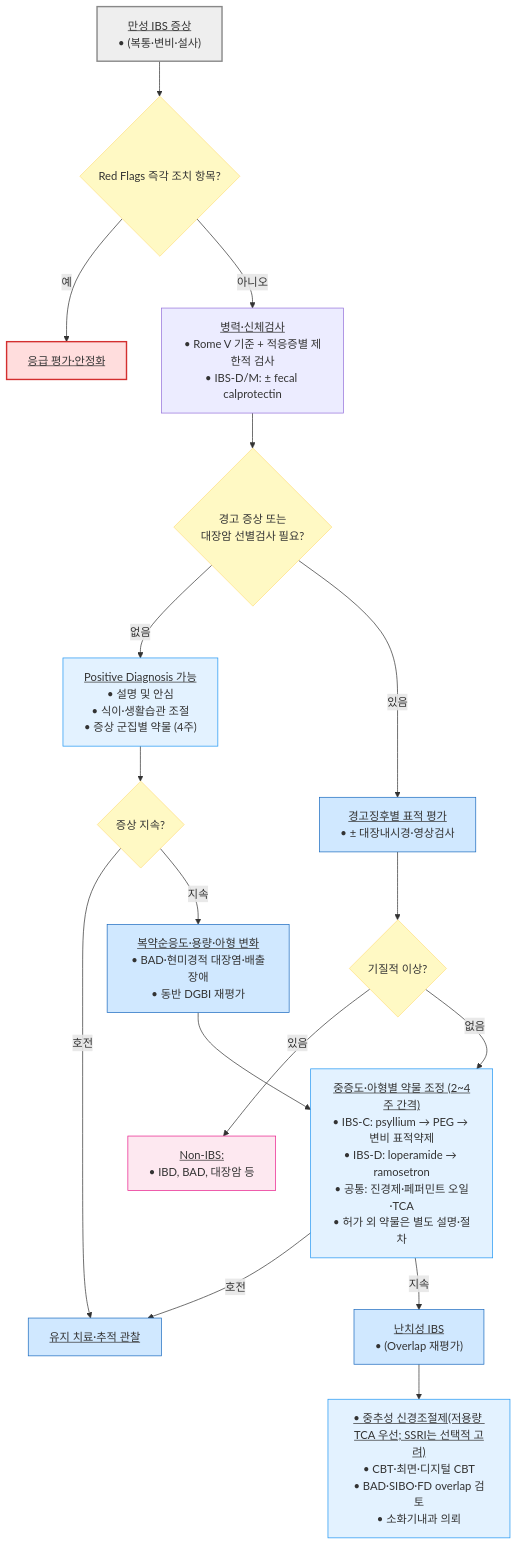
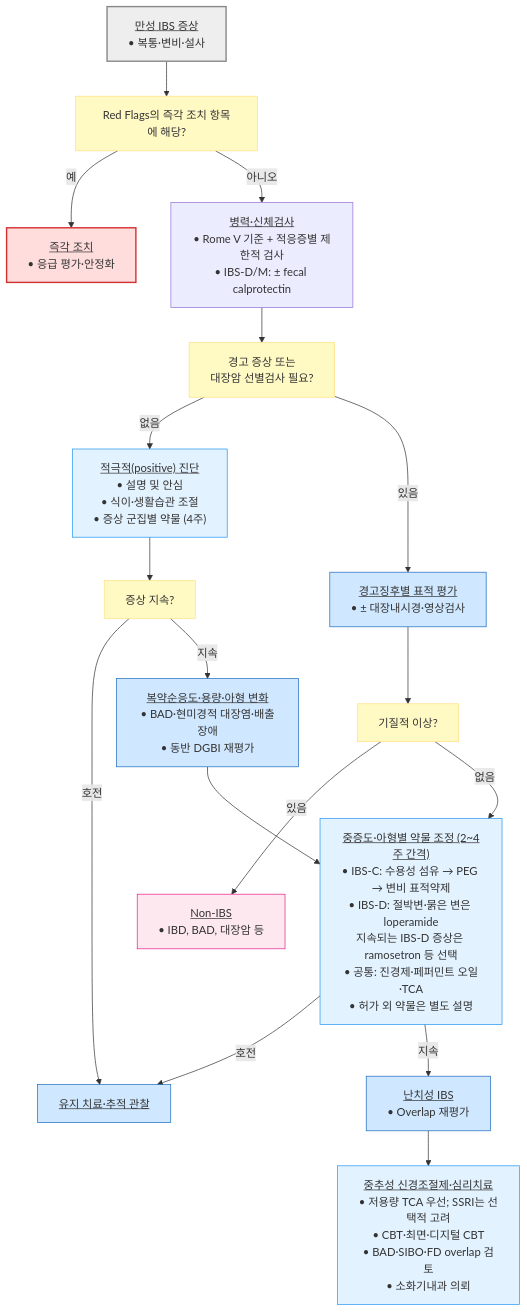
The first of 2 diagrams in 224_/087_-ibs.md (familyoh77/familyoh77), drawn with Mermaid before and after one commit. The commit also changed other lines of this file, not shown here.

````diff
--- a/224_/087_-ibs.md
+++ b/224_/087_-ibs.md
@@ -140,45 +138,46 @@
 ```mermaid
 flowchart TD
-    Start["<u>만성 IBS 증상</u><br/>• (복통·변비·설사)"]
+    Start["<u>만성 IBS 증상</u><br/>• 복통·변비·설사"]
+    Urgent["Red Flags의 즉각 조치 항목에 해당?"]
+    Emergency["<u>즉각 조치</u><br/>• 응급 평가·안정화"]
     Step1["<u>병력·신체검사</u><br/>• Rome V 기준 + 적응증별 제한적 검사<br/>• IBS-D/M: ± fecal calprotectin"]
-    Cond1{"경고 증상 또는<br/>대장암 선별검사 필요?"}
-    Sub1["<u>Positive Diagnosis 가능</u><br/>• 설명 및 안심<br/>• 식이·생활습관 조절<br/>• 증상 군집별 약물 (4주)"]
-    Cond2{"증상 지속?"}
+    Cond1["경고 증상 또는<br/>대장암 선별검사 필요?"]
+    Sub1["<u>적극적(positive) 진단</u><br/>• 설명 및 안심<br/>• 식이·생활습관 조절<br/>• 증상 군집별 약물 (4주)"]
+    Cond2["증상 지속?"]
     Colonoscopy["<u>경고징후별 표적 평가</u><br/>• ± 대장내시경·영상검사"]
-    Cond3{"기질적 이상?"}
-    NonIBS["<u>Non-IBS:</u><br/>• IBD, BAD, 대장암 등"]
+    Cond3["기질적 이상?"]
+    NonIBS["<u>Non-IBS</u><br/>• IBD, BAD, 대장암 등"]
     Reassess["<u>복약순응도·용량·아형 변화</u><br/>• BAD·현미경적 대장염·배출장애<br/>• 동반 DGBI 재평가"]
     End1["<u>유지 치료·추적 관찰</u>"]
-    Treat1["<u>중증도·아형별 약물 조정 (2~4주 간격)</u><br/>• IBS-C: psyllium → PEG → 변비 표적약제<br/>• IBS-D: loperamide → ramosetron<br/>• 공통: 진경제·페퍼민트 오일·TCA<br/>• 허가 외 약물은 별도 설명·절차"]
-    Refractory["<u>난치성 IBS</u><br/>• (Overlap 재평가)"]
-    Treat2["<u>• 중추성 신경조절제(저용량 TCA 우선; SSRI는 선택적 고려)</u><br/>• CBT·최면·디지털 CBT<br/>• BAD·SIBO·FD overlap 검토<br/>• 소화기내과 의뢰"]
+    Treat1["<u>중증도·아형별 약물 조정 (2~4주 간격)</u><br/>• IBS-C: 수용성 섬유 → PEG → 변비 표적약제<br/>• IBS-D: 절박변·묽은 변은 loperamide<br/>지속되는 IBS-D 증상은 ramosetron 등 선택<br/>• 공통: 진경제·페퍼민트 오일·TCA<br/>• 허가 외 약물은 별도 설명"]
+    Refractory["<u>난치성 IBS</u><br/>• Overlap 재평가"]
+    Treat2["<u>중추성 신경조절제·심리치료</u><br/>• 저용량 TCA 우선; SSRI는 선택적 고려<br/>• CBT·최면·디지털 CBT<br/>• BAD·SIBO·FD overlap 검토<br/>• 소화기내과 의뢰"]
 
-    Start --> Urgent{"Red Flags 즉각 조치 항목?"}
-    Urgent -- "예" --> Emergency["<u>응급 평가·안정화</u>"]
+    Start --> Urgent
+    Urgent -- "예" --> Emergency
     Urgent -- "아니오" --> Step1
     Step1 --> Cond1
     Cond1 -- "없음" --> Sub1
     Cond1 -- "있음" --> Colonoscopy
     Sub1 --> Cond2
     Cond2 -- "호전" --> End1
     Cond2 -- "지속" --> Reassess
     Reassess --> Treat1
     Colonoscopy --> Cond3
     Cond3 -- "있음" --> NonIBS
     Cond3 -- "없음" --> Treat1
     Treat1 -- "호전" --> End1
     Treat1 -- "지속" --> Refractory
     Refractory --> Treat2
 
 style Start fill:#eeeeee,stroke:#888888,stroke-width:2px
+style Emergency fill:#ffdddd,stroke:#d32f2f,stroke-width:2px
 classDef question fill:#fff9c4,stroke:#ffe082
-class Cond3,Cond1,Cond2,Urgent question
 classDef sky fill:#e3f2ff,stroke:#2196f3
+classDef blue fill:#d0e8ff,stroke:#1a6abf
+classDef pink fill:#fde8f0,stroke:#e91e8c
+class Urgent,Cond1,Cond2,Cond3 question
 class Sub1,Treat1,Treat2 sky
-style Emergency fill:#ffdddd,stroke:#d32f2f,stroke-width:2px
-class Refractory,Reassess,Colonoscopy blue
-classDef blue fill:#d0e8ff,stroke:#1a6abf
-class End1 blue
-classDef pink fill:#fde8f0,stroke:#e91e8c
+class Reassess,Colonoscopy,Refractory,End1 blue
 class NonIBS pink
 ```
````
